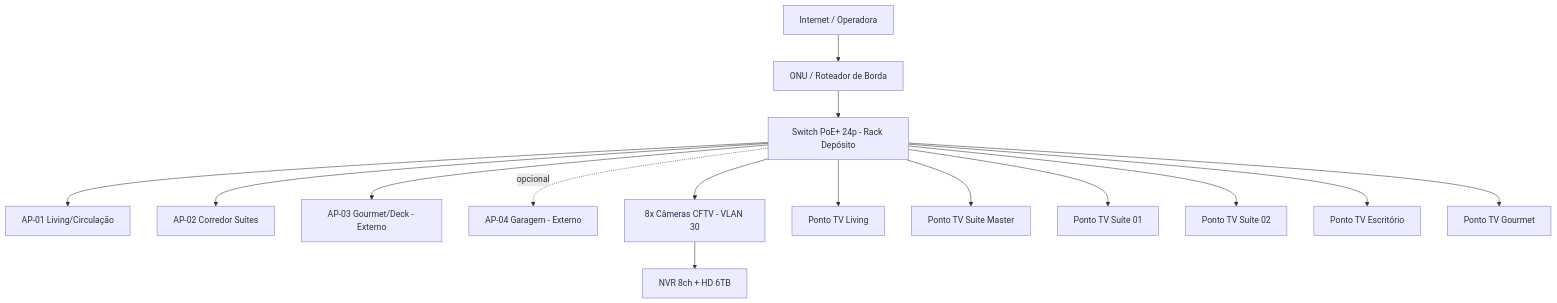
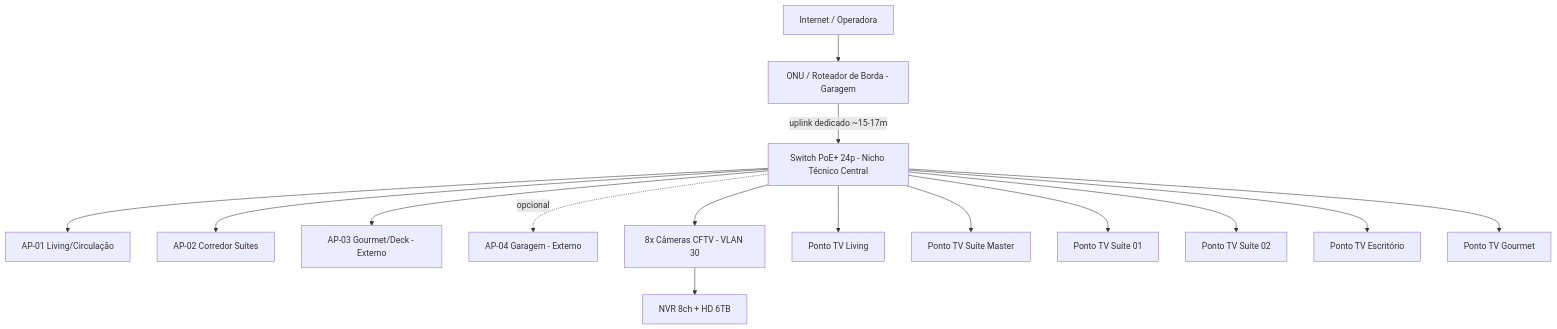
The diagram in SWISS-J26-Patrick/escopo-rede-wifi-cftv-cabeamento.md (ipsuporte/projeto_cliente_mp), drawn with Mermaid before and after one commit. The commit also changed other lines of this file, not shown here.

First line of the commit message:
Reposiciona rack para nicho técnico central e reduz metragem de cabo Cat6

````diff
--- a/SWISS-J26-Patrick/escopo-rede-wifi-cftv-cabeamento.md
+++ b/SWISS-J26-Patrick/escopo-rede-wifi-cftv-cabeamento.md
@@ -194,17 +226,17 @@
 ```mermaid
 flowchart TB
-    INT[Internet / Operadora] --> ONU[ONU / Roteador de Borda]
-    ONU --> SW[Switch PoE+ 24p - Rack Depósito]
+    INT[Internet / Operadora] --> ONU[ONU / Roteador de Borda - Garagem]
+    ONU -- uplink dedicado ~15-17m --> SW[Switch PoE+ 24p - Nicho Técnico Central]
     SW --> AP1[AP-01 Living/Circulação]
     SW --> AP2[AP-02 Corredor Suítes]
     SW --> AP3[AP-03 Gourmet/Deck - Externo]
     SW -.opcional.-> AP4[AP-04 Garagem - Externo]
     SW --> CAM[8x Câmeras CFTV - VLAN 30]
     CAM --> NVR[NVR 8ch + HD 6TB]
     SW --> TV1[Ponto TV Living]
     SW --> TV2[Ponto TV Suíte Master]
     SW --> TV3[Ponto TV Suíte 01]
     SW --> TV4[Ponto TV Suíte 02]
     SW --> TV5[Ponto TV Escritório]
     SW --> TV6[Ponto TV Gourmet]
 ```
````
